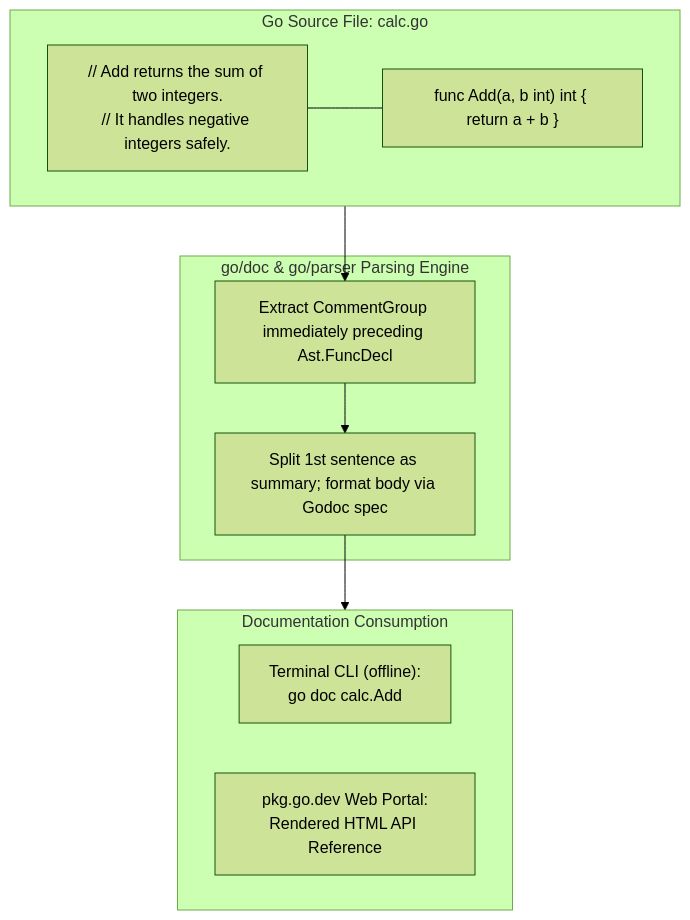
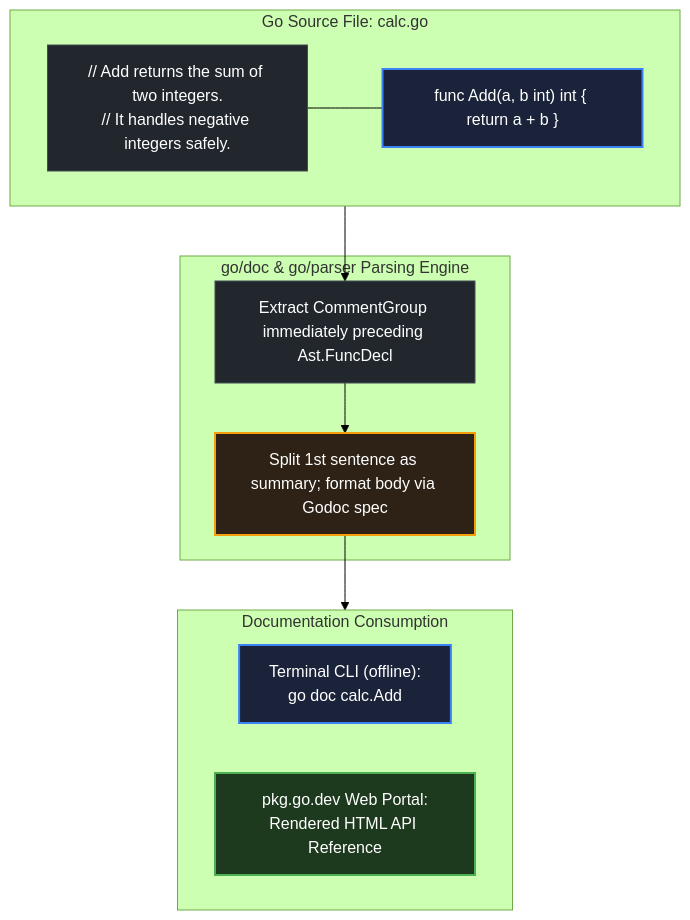
The diagram in curriculum/modules/02-go-setup-tooling/lessons/08-go-doc/README.md (swe-labs/the-go-engineer), drawn with Mermaid (forest theme) before and after one commit. The commit also changed other lines of this file and 19 other files, not shown here.

````diff
--- a/curriculum/modules/02-go-setup-tooling/lessons/08-go-doc/README.md
+++ b/curriculum/modules/02-go-setup-tooling/lessons/08-go-doc/README.md
@@ -17,20 +20,26 @@
 ```mermaid
 flowchart TD
+    classDef frontDoor fill:#1a233a,stroke:#3b82f6,stroke-width:2px,color:#ffffff;
+    classDef exitGate fill:#1e3a1e,stroke:#4caf50,stroke-width:2px,color:#ffffff;
+    classDef standardNode fill:#22272e,stroke:#444c56,stroke-width:1px,color:#ffffff;
+    classDef capstoneNode fill:#2d2215,stroke:#f59e0b,stroke-width:2px,color:#ffffff;
+    classDef container fill:#161b22,stroke:#30363d,stroke-width:1px,color:#8b949e;
+
     subgraph SourceCode["Go Source File: calc.go"]
-        DOC["// Add returns the sum of two integers.\n// It handles negative integers safely."]
-        DECL["func Add(a, b int) int { return a + b }"]
+        DOC["// Add returns the sum of two integers.\n// It handles negative integers safely."]:::standardNode
+        DECL["func Add(a, b int) int { return a + b }"]:::frontDoor
         DOC --- DECL
     end
 
     subgraph DocEngine["go/doc & go/parser Parsing Engine"]
-        AST["Extract CommentGroup immediately preceding Ast.FuncDecl"]
-        PARSE["Split 1st sentence as summary; format body via Godoc spec"]
+        AST["Extract CommentGroup immediately preceding Ast.FuncDecl"]:::standardNode
+        PARSE["Split 1st sentence as summary; format body via Godoc spec"]:::capstoneNode
     end
 
     subgraph Destinations["Documentation Consumption"]
-        CLI["Terminal CLI (offline):\ngo doc calc.Add"]
-        WEB["pkg.go.dev Web Portal:\nRendered HTML API Reference"]
+        CLI["Terminal CLI (offline):\ngo doc calc.Add"]:::frontDoor
+        WEB["pkg.go.dev Web Portal:\nRendered HTML API Reference"]:::exitGate
     end
 
     SourceCode --> AST --> PARSE --> Destinations
 ```
````
